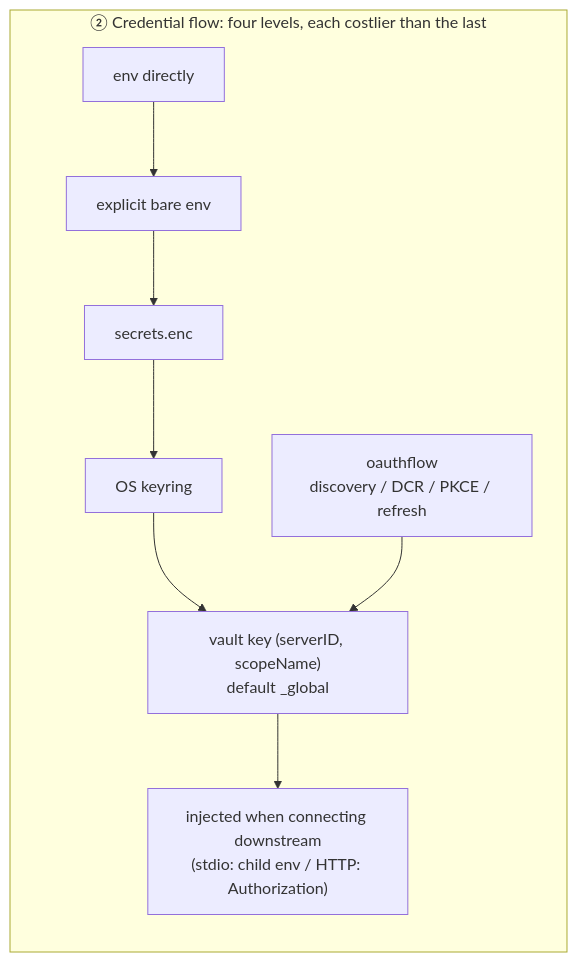
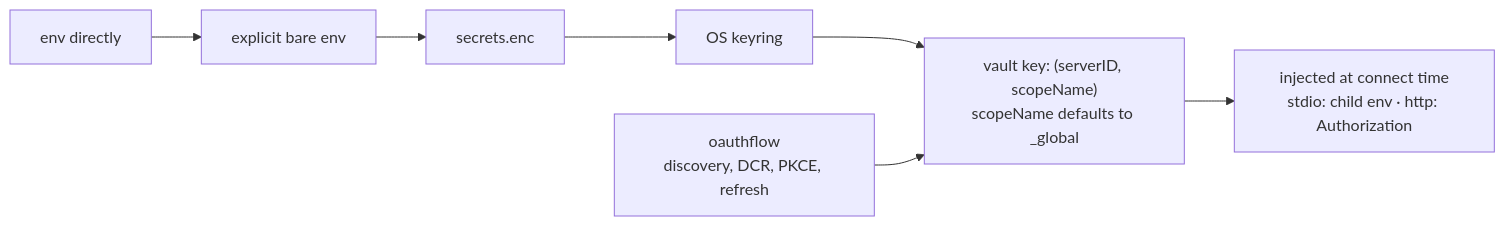
One commit to dinstein/agent-hub changed the fifth of 6 diagrams in docs/architecture.md. Above: the diagram before and after it, drawn with Mermaid. The commit also changed other lines of this file and 90 other files, not shown here.

First line of the commit message:
docs: rewrite architecture, and cite sections by name

````diff
--- a/docs/architecture.md
+++ b/docs/architecture.md
@@ -267,9 +231,7 @@
 ```mermaid
 flowchart LR
-    subgraph cred["② Credential flow: four levels, each costlier than the last"]
-        E1["env directly"] --> E2["explicit bare env"] --> E3["secrets.enc"] --> E4["OS keyring"]
-        E4 --> V["vault key (serverID, scopeName)<br/>default _global"]
-        V --> INJ["injected when connecting downstream<br/>(stdio: child env / HTTP: Authorization)"]
-        OA["oauthflow<br/>discovery / DCR / PKCE / refresh"] --> V
-    end
+    E1["env directly"] --> E2["explicit bare env"] --> E3["secrets.enc"] --> E4["OS keyring"]
+    E4 --> V["vault key: (serverID, scopeName)<br/>scopeName defaults to _global"]
+    OA["oauthflow<br/>discovery, DCR, PKCE, refresh"] --> V
+    V --> INJ["injected at connect time<br/>stdio: child env · http: Authorization"]
 ```
````
